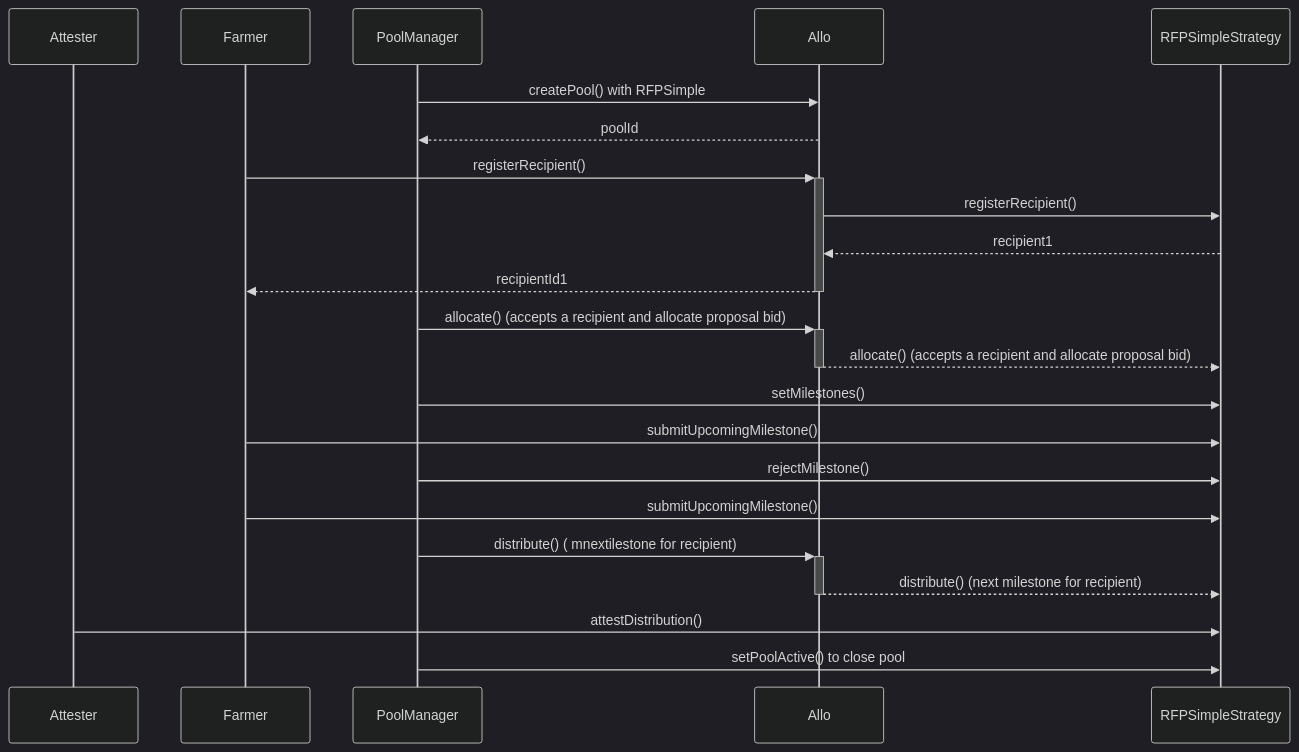
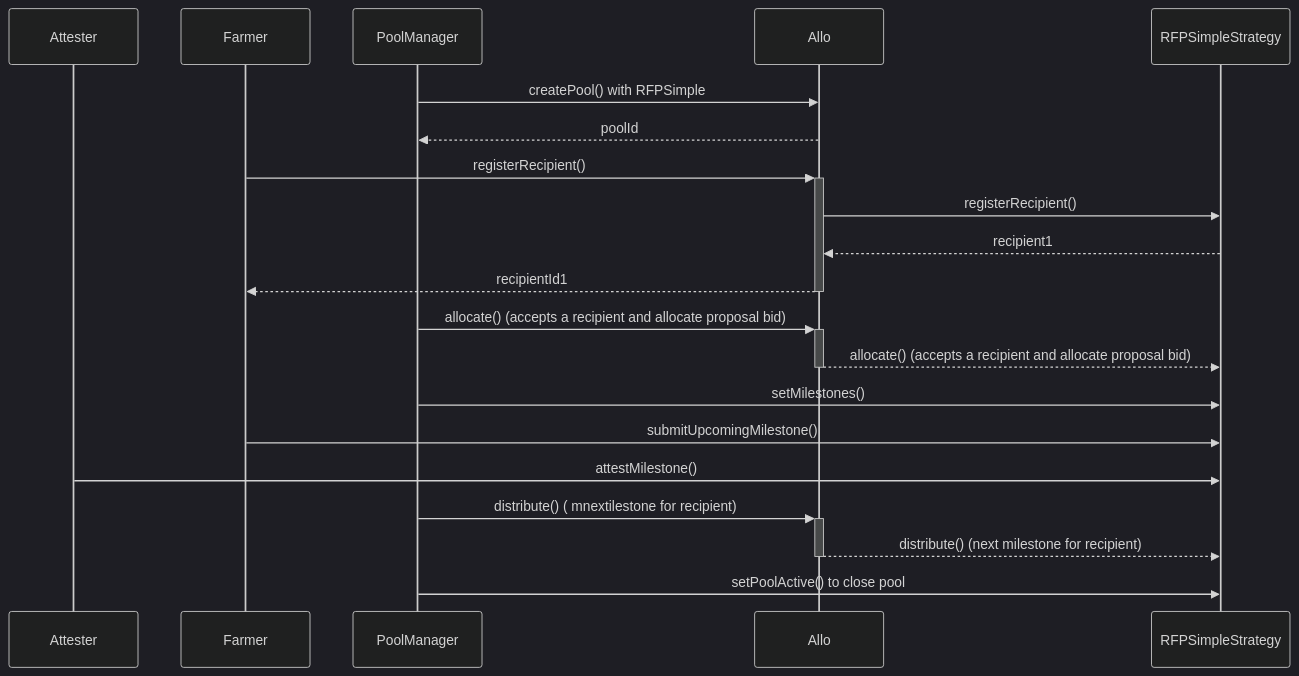
Before and after one commit to chrisarevalo11/superhack: the diagram in README.md, drawn with Mermaid (dark theme). The commit also changed other lines of this file, not shown here.

Commit message:
updated diagram flow

````diff
--- a/README.md
+++ b/README.md
@@ -22,25 +23,23 @@
 ```mermaid
 sequenceDiagram
     participant Attester
     participant Farmer
     participant PoolManager
     participant Allo
     participant RFPSimpleStrategy
 
     PoolManager->>Allo: createPool() with RFPSimple
     Allo-->>PoolManager: poolId
     Farmer->>+Allo: registerRecipient()
     Allo->>RFPSimpleStrategy: registerRecipient()
     RFPSimpleStrategy-->>Allo: recipient1
     Allo-->>-Farmer: recipientId1
     PoolManager->>+Allo: allocate() (accepts a recipient and allocate proposal bid)
     Allo-->>-RFPSimpleStrategy: allocate() (accepts a recipient and allocate proposal bid)
     PoolManager->> RFPSimpleStrategy: setMilestones()
     Farmer->> RFPSimpleStrategy: submitUpcomingMilestone()
-    PoolManager->> RFPSimpleStrategy: rejectMilestone()
-    Farmer->> RFPSimpleStrategy: submitUpcomingMilestone()
+    Attester->>RFPSimpleStrategy: attestMilestone()
     PoolManager->>+Allo: distribute() ( mnextilestone for recipient)
     Allo-->>-RFPSimpleStrategy: distribute() (next milestone for recipient)
-    Attester->>RFPSimpleStrategy: attestDistribution()
     PoolManager->>RFPSimpleStrategy: setPoolActive() to close pool
 ```
````
